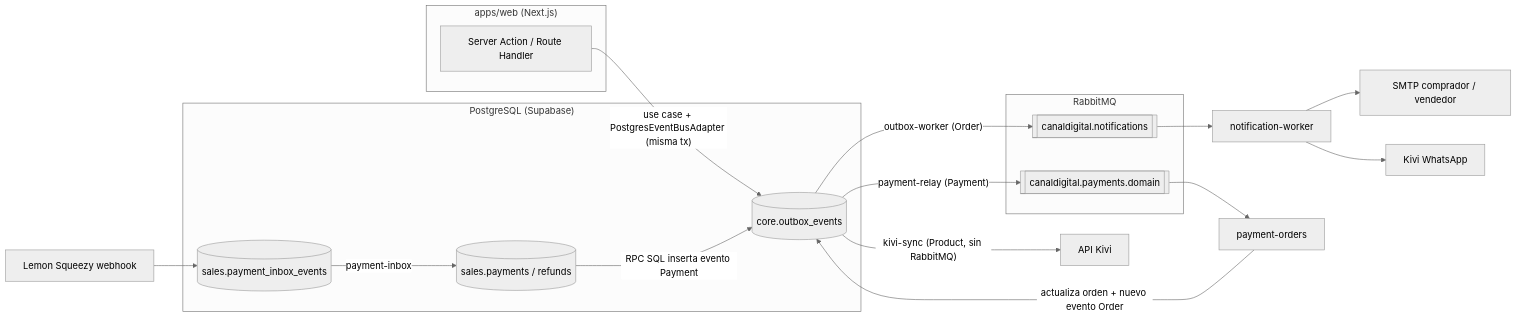
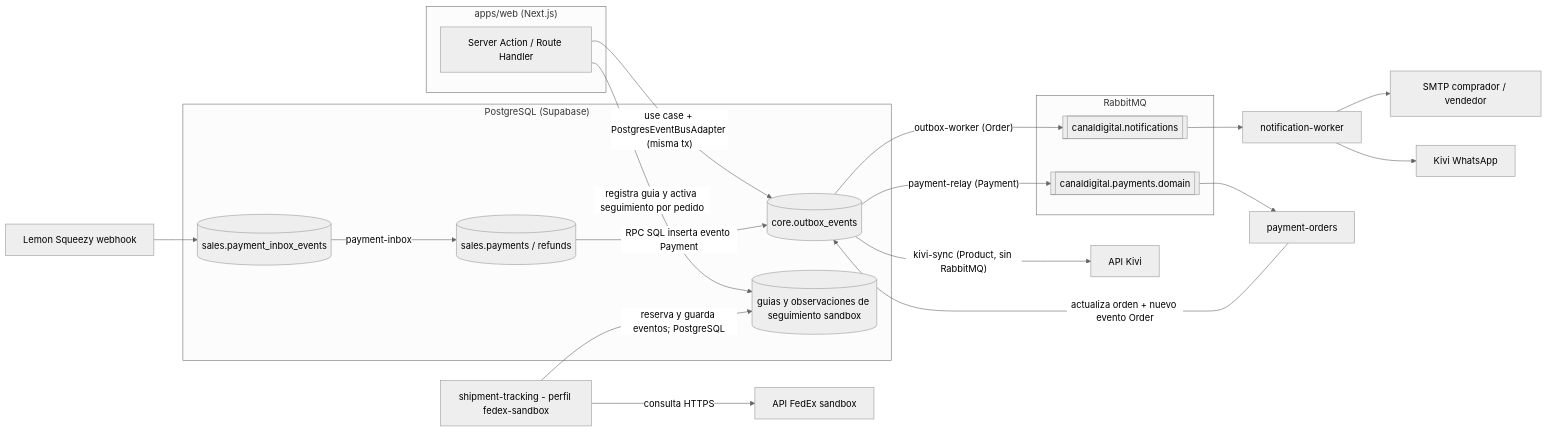
One commit to camiloo1210/Canal-Digital-Ventas changed the first of 3 diagrams in apps/worker/README.md. Above: the diagram before and after it, drawn with Mermaid (neutral theme). The commit also changed other lines of this file and 2 other files, not shown here.

Commit message:
chore(worker/docker): add shipment tracking container service and operational documentation

````diff
--- a/apps/worker/README.md
+++ b/apps/worker/README.md
@@ -15,27 +15,31 @@
 ```mermaid
 flowchart LR
   subgraph Web["apps/web (Next.js)"]
     SA[Server Action / Route Handler]
   end
   subgraph DB["PostgreSQL (Supabase)"]
     OB[(core.outbox_events)]
     INB[(sales.payment_inbox_events)]
     PAY[(sales.payments / refunds)]
+    TRK[(guias y observaciones de seguimiento sandbox)]
   end
   subgraph MQ["RabbitMQ"]
     QN[[canaldigital.notifications]]
     QP[[canaldigital.payments.domain]]
   end
 
   SA -- "use case + PostgresEventBusAdapter (misma tx)" --> OB
   LS[Lemon Squeezy webhook] --> INB
   INB -- payment-inbox --> PAY
   PAY -- "RPC SQL inserta evento Payment" --> OB
+  SA -- "registra guia y activa seguimiento por pedido" --> TRK
+  TRACK[shipment-tracking - perfil fedex-sandbox] -- "reserva y guarda eventos; PostgreSQL" --> TRK
+  TRACK -- "consulta HTTPS" --> FEDEX[API FedEx sandbox]
 
   OB -- "outbox-worker (Order)" --> QN
   OB -- "payment-relay (Payment)" --> QP
   OB -- "kivi-sync (Product, sin RabbitMQ)" --> KIVI[API Kivi]
 
   QN --> NW[notification-worker] --> EMAIL[SMTP comprador / vendedor] & KIVIW[Kivi WhatsApp]
   QP --> PO[payment-orders] -- "actualiza orden + nuevo evento Order" --> OB
 ```
````
